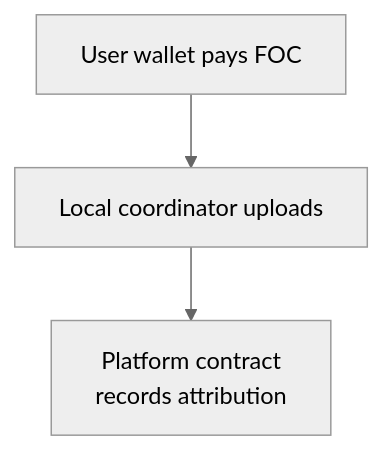
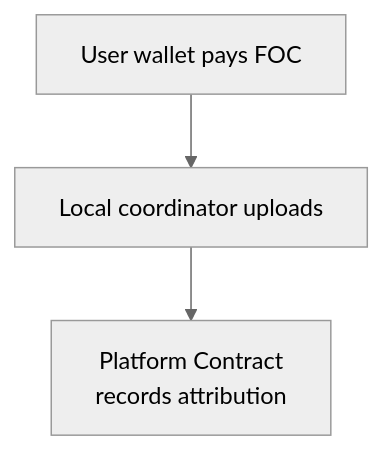
One commit to FIL-Builders/foc-platform changed diagram 12 of 20 in spec.md. Above: the diagram before and after it, drawn with Mermaid (neutral theme). The commit also changed other lines of this file, not shown here.

Commit message:
Polish platform stack specification

````diff
--- a/spec.md
+++ b/spec.md
@@ -1038,9 +1051,9 @@
 ```mermaid
 flowchart TD
   wallet["User wallet pays FOC"]
   coordinator["Local coordinator uploads"]
-  platform["Platform contract<br/>records attribution"]
+  platform["Platform Contract<br/>records attribution"]
 
   wallet --> coordinator
   coordinator --> platform
 ```
````
